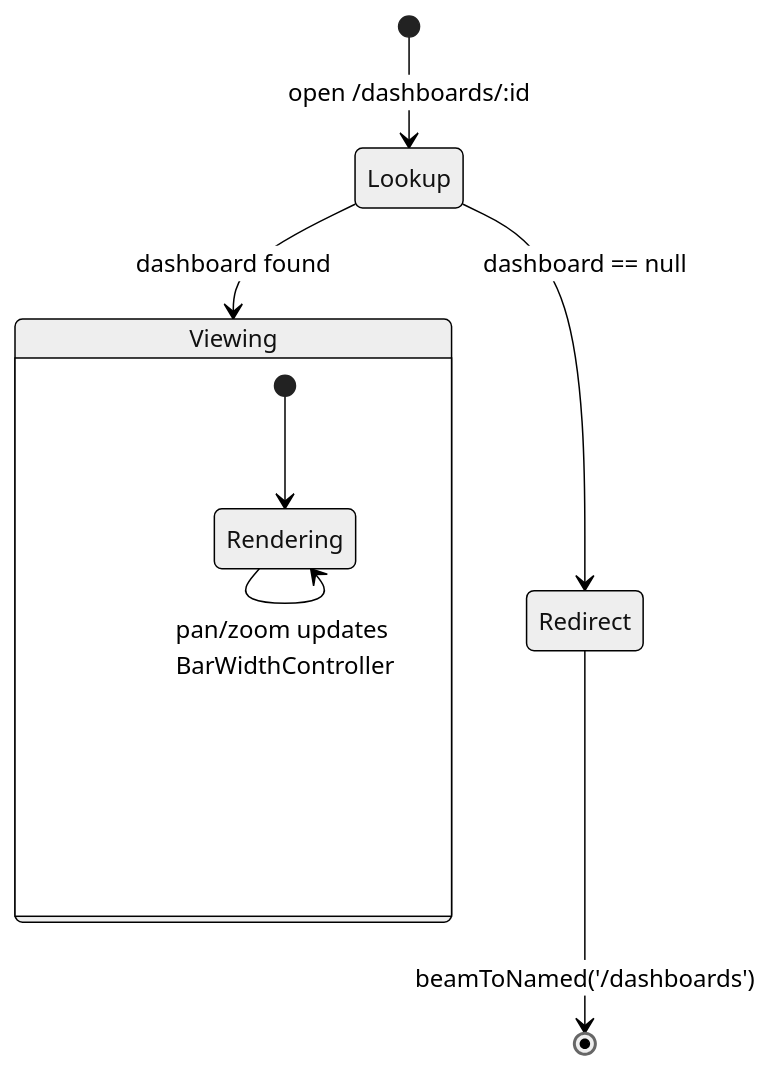
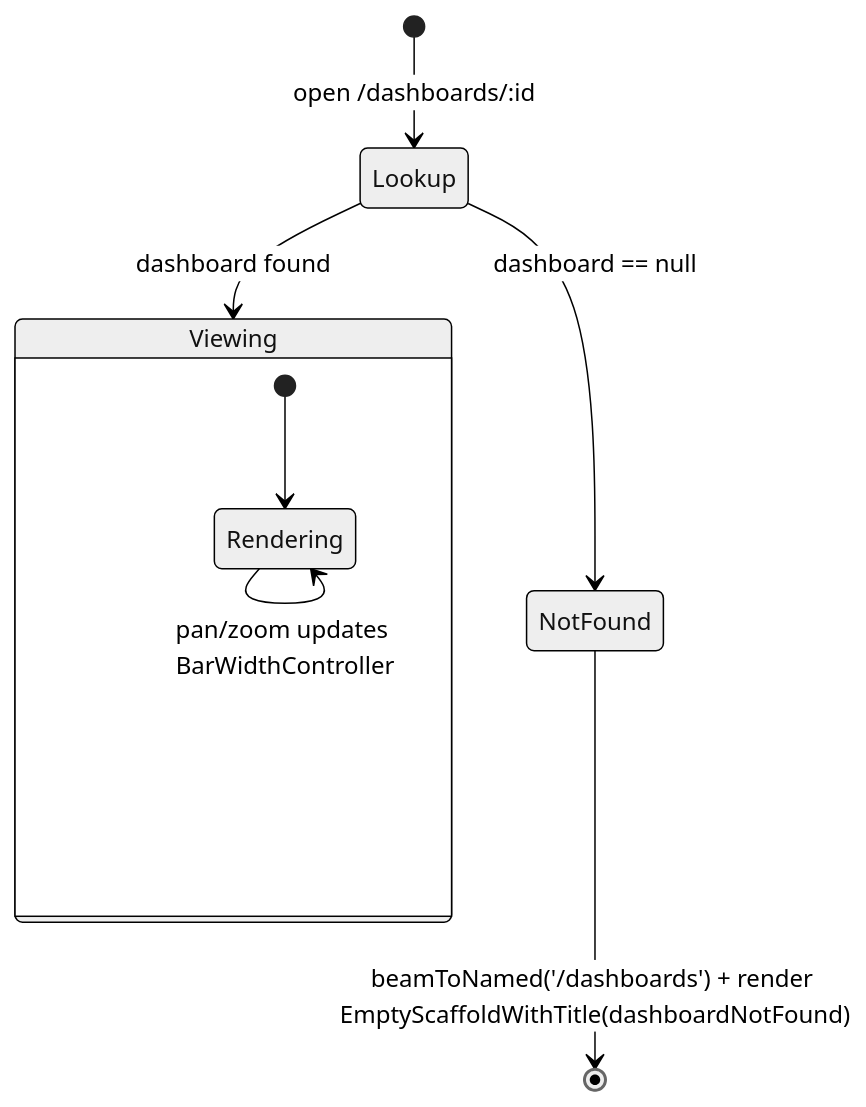
Before and after one commit to matthiasn/lotti: the fourth of 5 diagrams in lib/features/dashboards/README.md, drawn with Mermaid (neutral theme). The commit also changed other lines of this file and 43 other files, not shown here.

````diff
--- a/lib/features/dashboards/README.md
+++ b/lib/features/dashboards/README.md
@@ -170,13 +182,13 @@
 ```mermaid
 stateDiagram-v2
   [*] --> Lookup: open /dashboards/:id
   Lookup --> Viewing: dashboard found
-  Lookup --> Redirect: dashboard == null
-  Redirect --> [*]: beamToNamed('/dashboards')
+  Lookup --> NotFound: dashboard == null
+  NotFound --> [*]: beamToNamed('/dashboards') + render EmptyScaffoldWithTitle(dashboardNotFound)
 
   state Viewing {
     [*] --> Rendering
     Rendering --> Rendering: timeSpanDays changed
     Rendering --> Rendering: pan/zoom updates BarWidthController
   }
 ```
````
